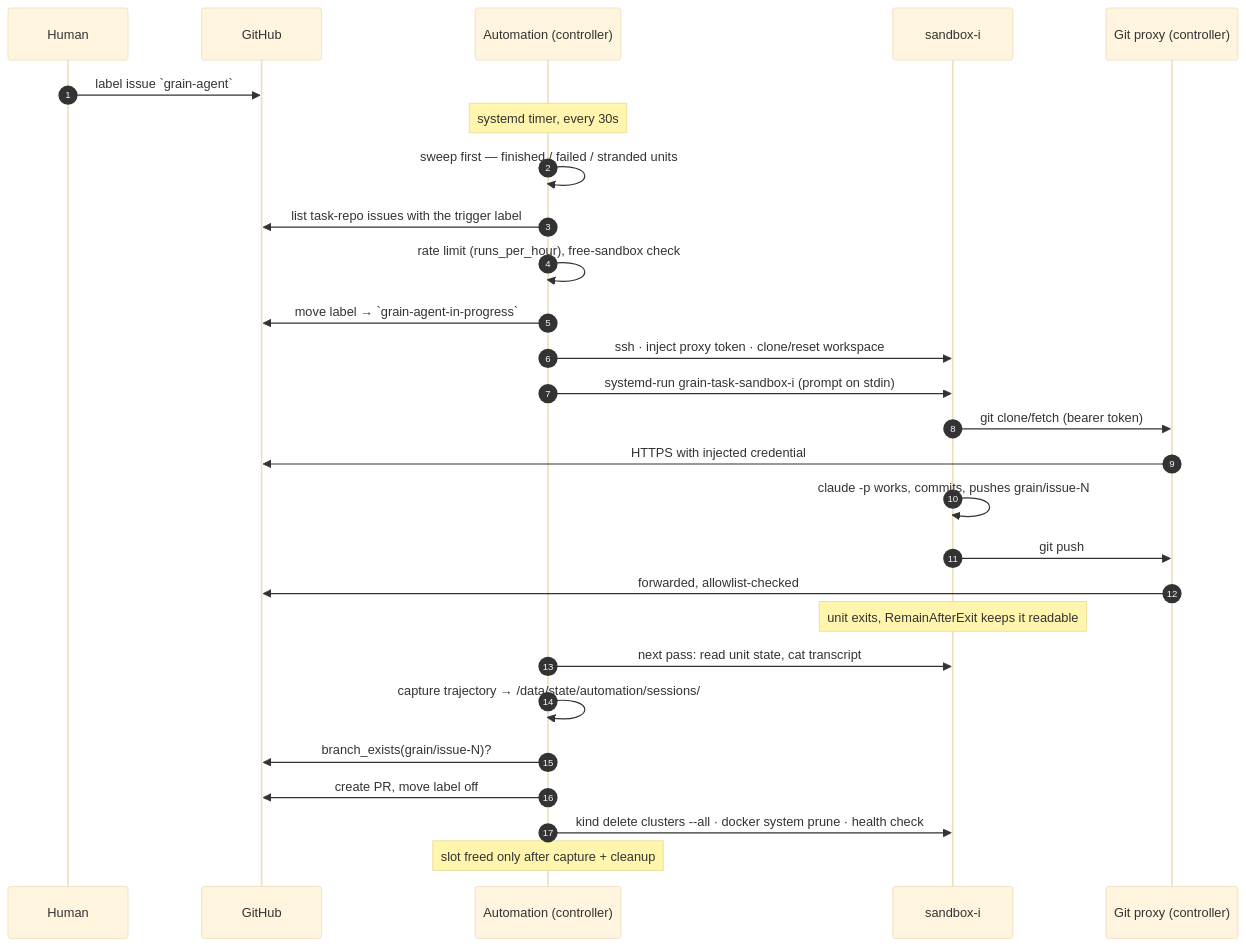
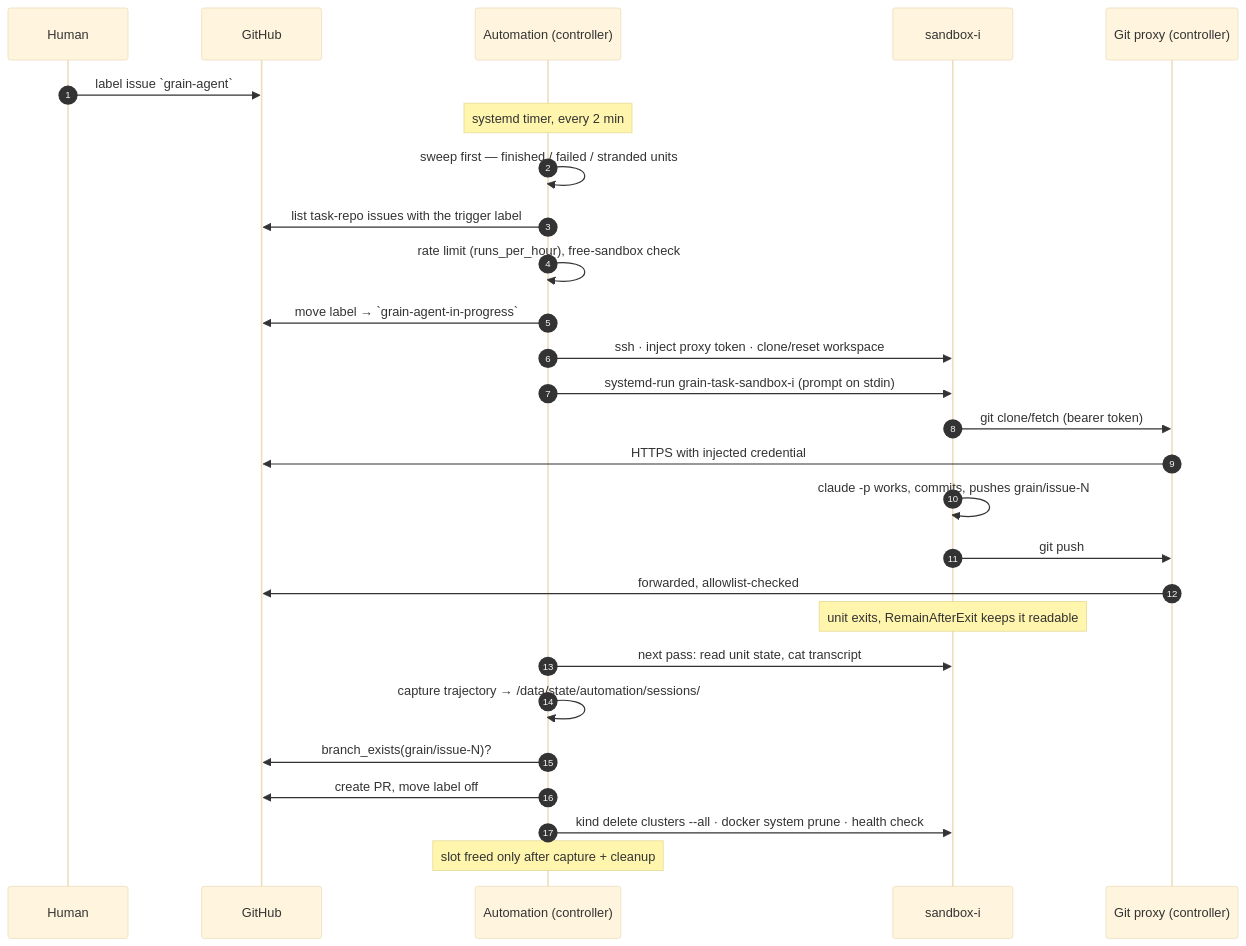
One commit to bwsalmon/grain changed the fifth of 5 diagrams in docs/system-diagram.md. Above: the diagram before and after it, drawn with Mermaid (base theme). The commit also changed other lines of this file and 3 other files, not shown here.

````diff
--- a/docs/system-diagram.md
+++ b/docs/system-diagram.md
@@ -318,30 +318,30 @@
 ```mermaid
 sequenceDiagram
     autonumber
     participant H as Human
     participant GH as GitHub
     participant A as Automation (controller)
     participant S as sandbox-i
     participant P as Git proxy (controller)
 
     H->>GH: label issue `grain-agent`
-    Note over A: systemd timer, every 30s
+    Note over A: systemd timer, every 2 min
     A->>A: sweep first — finished / failed / stranded units
     A->>GH: list task-repo issues with the trigger label
     A->>A: rate limit (runs_per_hour), free-sandbox check
     A->>GH: move label → `grain-agent-in-progress`
     A->>S: ssh · inject proxy token · clone/reset workspace
     A->>S: systemd-run grain-task-sandbox-i (prompt on stdin)
     S->>P: git clone/fetch (bearer token)
     P->>GH: HTTPS with injected credential
     S->>S: claude -p works, commits, pushes grain/issue-N
     S->>P: git push
     P->>GH: forwarded, allowlist-checked
     Note over S: unit exits, RemainAfterExit keeps it readable
     A->>S: next pass: read unit state, cat transcript
     A->>A: capture trajectory → /data/state/automation/sessions/
     A->>GH: branch_exists(grain/issue-N)?
     A->>GH: create PR, move label off
     A->>S: kind delete clusters --all · docker system prune · health check
     Note over A: slot freed only after capture + cleanup
 ```
````
